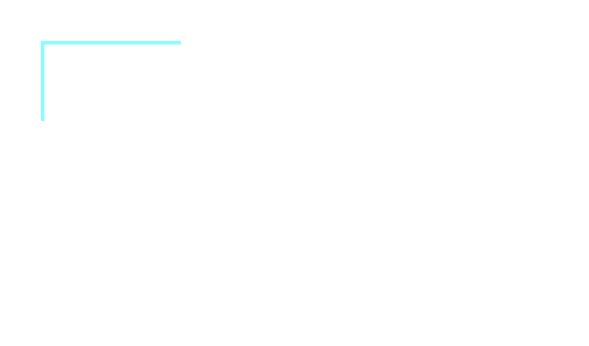
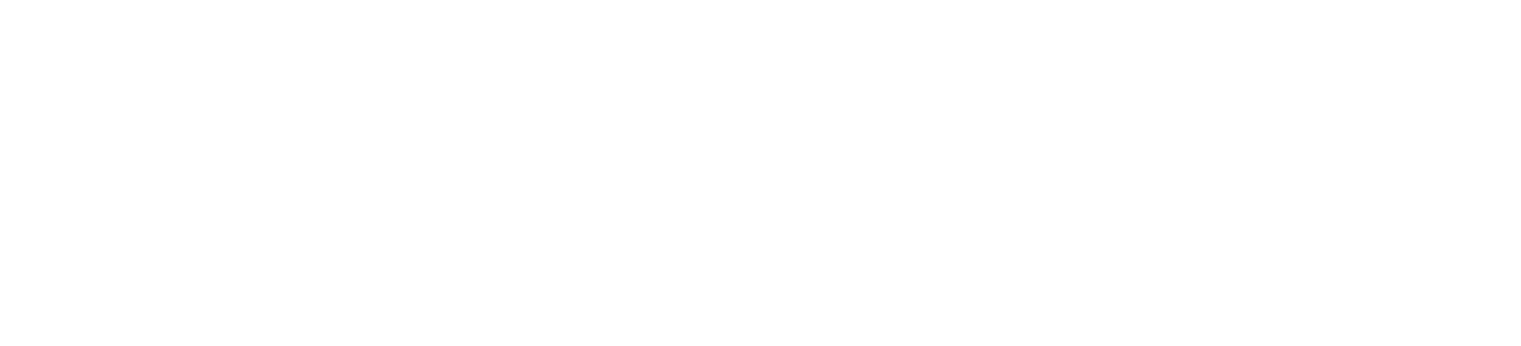
The diagram in graphs/Topology.dot (julianfl0w/Deism), drawn with Graphviz before and after one commit. The commit also changed 12 other files, not shown here.

```diff
--- a/graphs/Topology.dot
+++ b/graphs/Topology.dot
@@ -1,33 +1,34 @@
 digraph D {
 rankdir = TB
 style = filled
 fontcolor = black
 color = black
 bgcolor = white
 gradientangle = 0
 dpi = 300
-subgraph "cluster_234"{
+"cluster_239" [rankdir=TB, shape=box, penwidth=1, color="#88ffff", fontcolor=black, fillcolor=white, style=filled, gradientangle=270.05, label="Here is the Standard Model of God"]
+subgraph "cluster_240"{
 penwidth=1;
  rankdir=TB;
  shape=box;
  color="#88ffff";
  fontcolor=black;
  fillcolor=white;
  style=filled;
  gradientangle=270.05;
  label="Heaven";
- "cluster_235" [penwidth=1, rankdir=TB, shape=box, color="#88ffff", fontcolor=black, fillcolor=white, style=filled, gradientangle=270.05, label="God"]
-subgraph "cluster_236"{
+ "cluster_241" [penwidth=1, rankdir=TB, shape=box, color="#88ffff", fontcolor=black, fillcolor=white, style=filled, gradientangle=270.05, label="God"]
+subgraph "cluster_242"{
 penwidth=1;
  rankdir=TB;
  shape=box;
  color="#88ffff";
  fontcolor=black;
  fillcolor=white;
  style=filled;
  gradientangle=270.05;
  label="The Cosmos";
- "cluster_237" [penwidth=1, rankdir=TB, shape=box, color="#88ffff", fontcolor=black, fillcolor=white, style=filled, gradientangle=270.05, label="Us"]
+ "cluster_243" [penwidth=1, rankdir=TB, shape=box, color="#88ffff", fontcolor=black, fillcolor=white, style=filled, gradientangle=270.05, label="Us"]
 }
 }
 }
```
